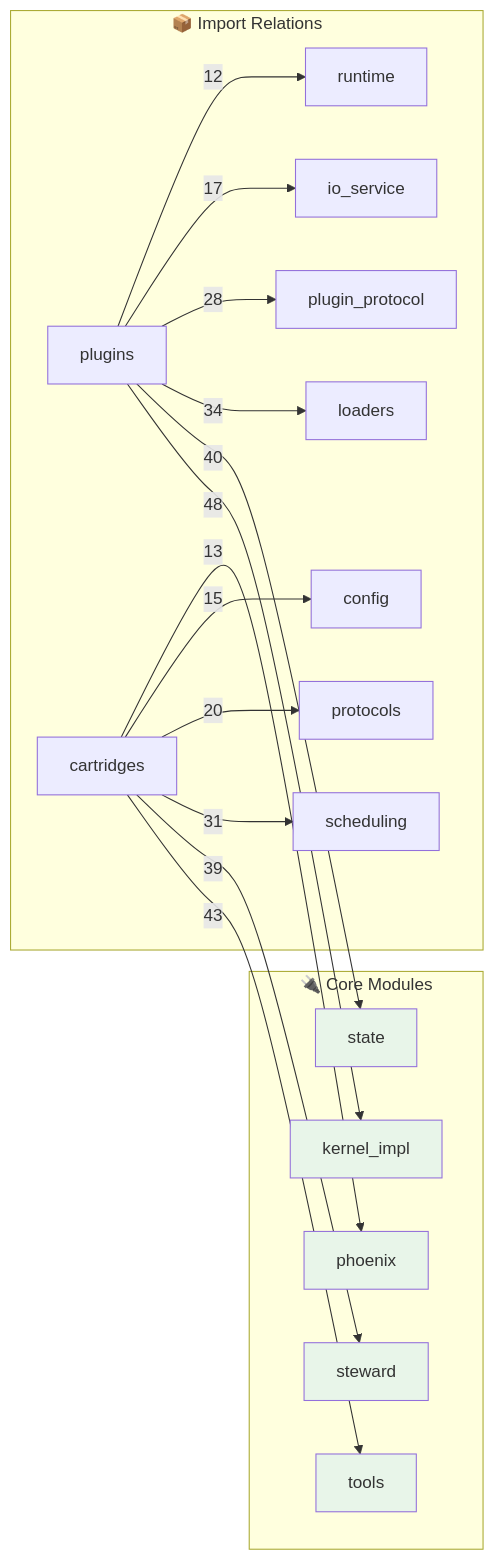
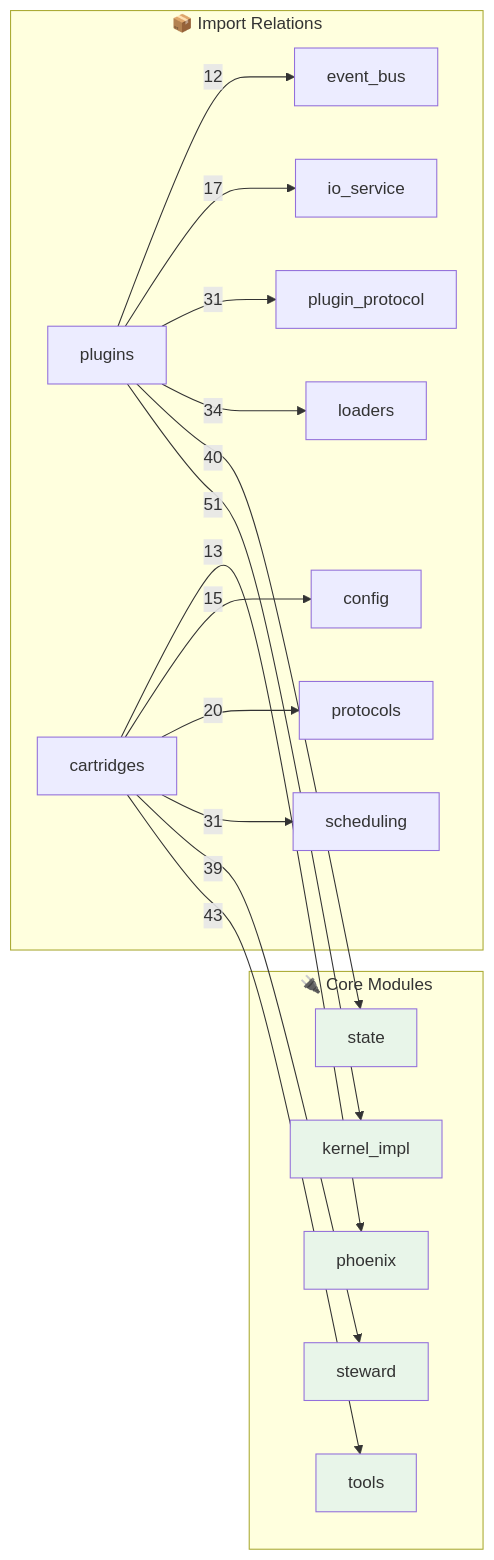
The second of 2 diagrams in OPUS.md (kimeisele/steward-protocol), drawn with Mermaid before and after one commit. The commit also changed other lines of this file and 16 other files, not shown here.

````diff
--- a/OPUS.md
+++ b/OPUS.md
@@ -750,31 +755,31 @@
 ```mermaid
 flowchart LR
     subgraph Core["🔌 Core Modules"]
         kernel_impl[kernel_impl]
         steward[steward]
         tools[tools]
         state[state]
         phoenix[phoenix]
     end
 
     subgraph Edges["📦 Import Relations"]
-        plugins -->|48| kernel_impl
+        plugins -->|51| kernel_impl
         cartridges -->|43| tools
         plugins -->|40| state
         cartridges -->|39| steward
         plugins -->|34| loaders
         cartridges -->|31| scheduling
-        plugins -->|28| plugin_protocol
+        plugins -->|31| plugin_protocol
         cartridges -->|20| protocols
         plugins -->|17| io_service
         cartridges -->|15| config
         cartridges -->|13| phoenix
-        plugins -->|12| runtime
+        plugins -->|12| event_bus
     end
 
     style kernel_impl fill:#e8f5e9
     style steward fill:#e8f5e9
     style tools fill:#e8f5e9
     style state fill:#e8f5e9
     style phoenix fill:#e8f5e9
 ```
````
